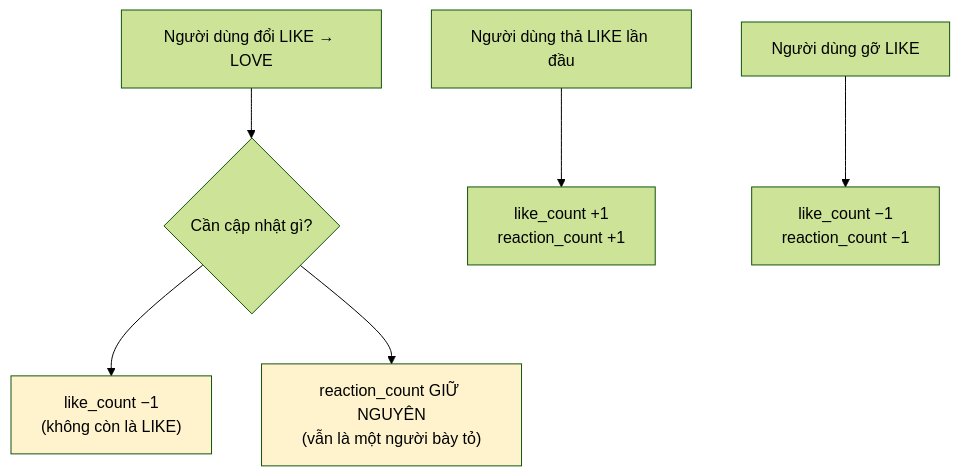
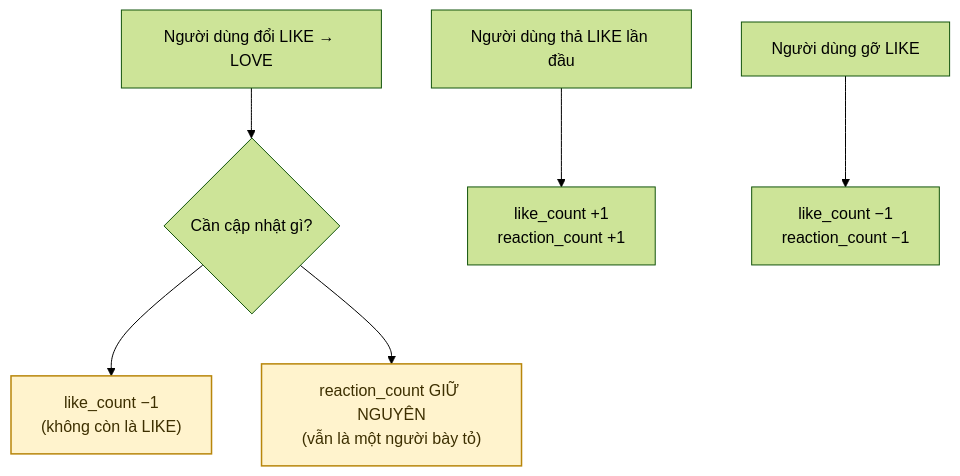
The second of 5 diagrams in docs/diagram/06-interaction.md (fdshn/trueheart), drawn with Mermaid (forest theme) before and after one commit. The commit also changed other lines of this file and 30 other files, not shown here.

First line of the commit message:
docs(diagram): chữ trong khối tô màu đọc được ở cả giao diện sáng và tối

````diff
--- a/docs/diagram/06-interaction.md
+++ b/docs/diagram/06-interaction.md
@@ -29,12 +29,12 @@
 ```mermaid
 flowchart TD
     A[Người dùng đổi LIKE → LOVE] --> B{Cần cập nhật gì?}
     B --> C["like_count −1<br/>(không còn là LIKE)"]
     B --> D["reaction_count GIỮ NGUYÊN<br/>(vẫn là một người bày tỏ)"]
 
     E[Người dùng thả LIKE lần đầu] --> F["like_count +1<br/>reaction_count +1"]
     G[Người dùng gỡ LIKE] --> H["like_count −1<br/>reaction_count −1"]
 
-    style C fill:#fff3cd
-    style D fill:#fff3cd
+    style C fill:#fff3cd,stroke:#b8860b,stroke-width:1.5px,color:#3d2f00
+    style D fill:#fff3cd,stroke:#b8860b,stroke-width:1.5px,color:#3d2f00
 ```
````
